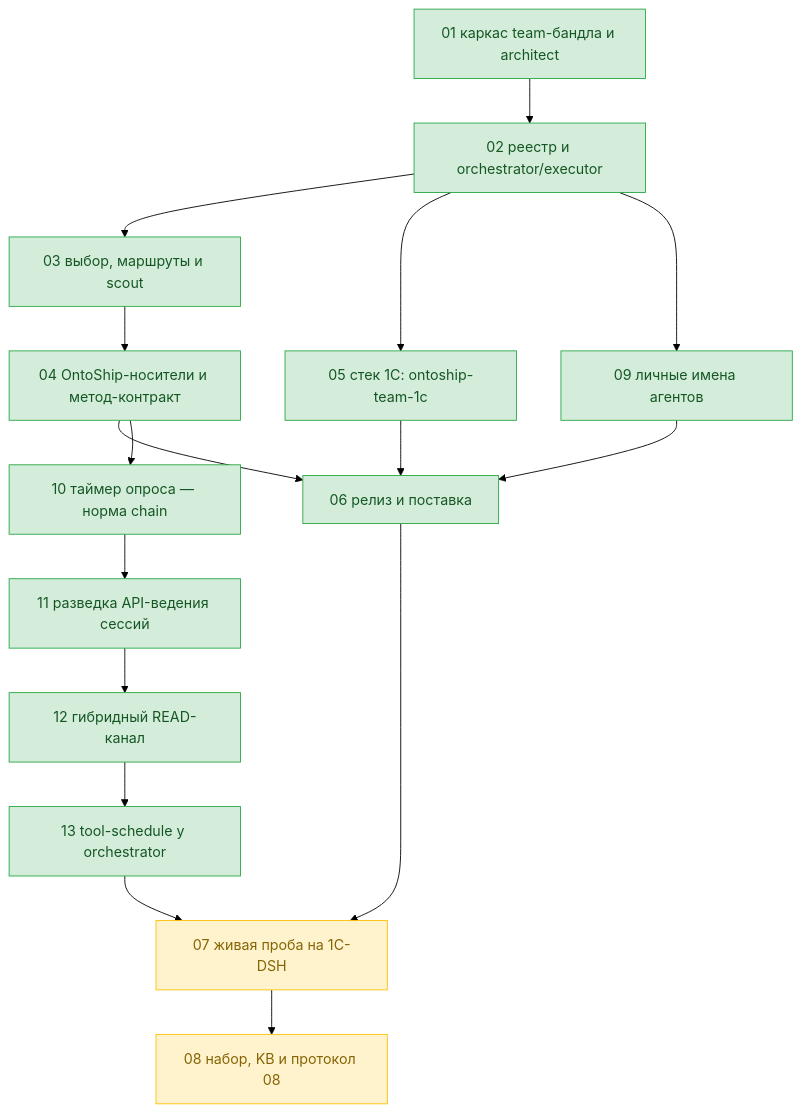
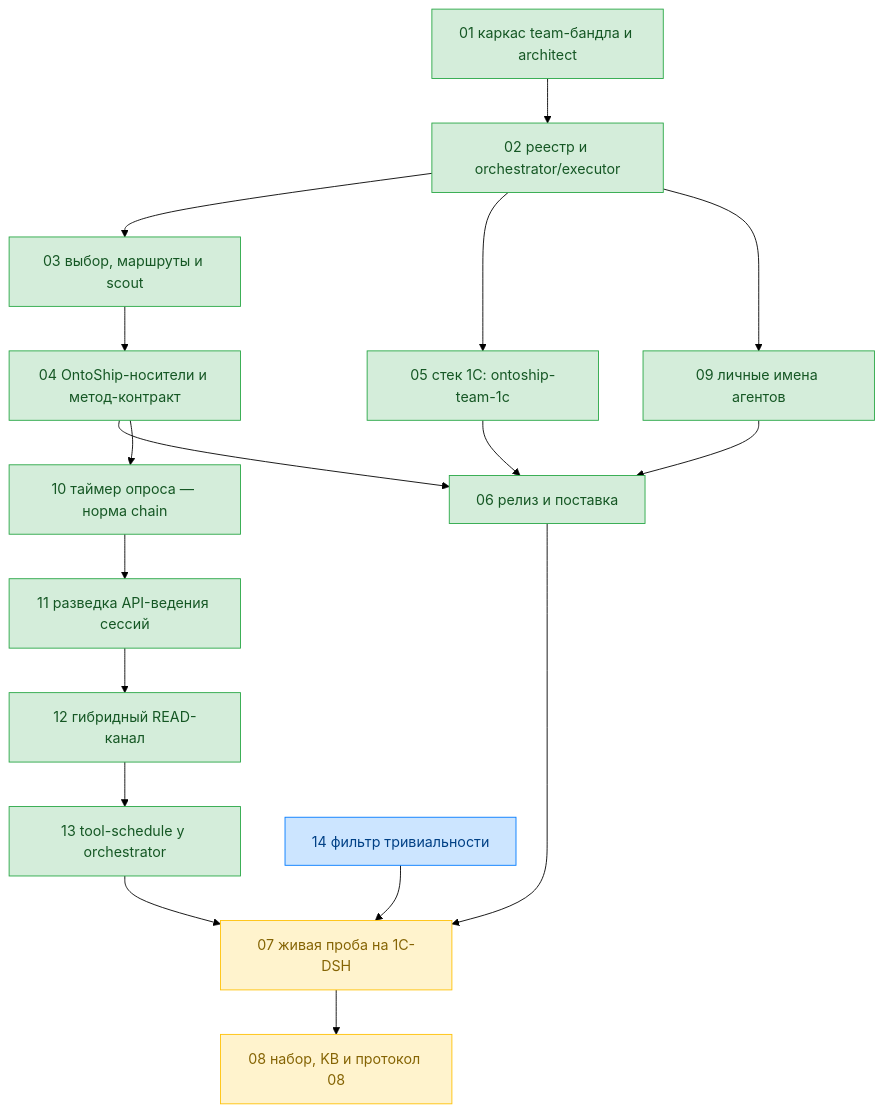
Before and after one commit to ntin60775/ontoship-ntin: the diagram in tickets/team-profiles/dag.md, drawn with Mermaid (forest theme). The commit also changed other lines of this file and 6 other files, not shown here.

Commit message:
docs(team-profiles): тикет 14 принят — фильтр тривиальности (решение 23), публикация

````diff
--- a/tickets/team-profiles/dag.md
+++ b/tickets/team-profiles/dag.md
@@ -11,41 +11,44 @@
 ```mermaid
 flowchart TD
   T01["01 каркас team-бандла и architect"]
   T02["02 реестр и orchestrator/executor"]
   T03["03 выбор, маршруты и scout"]
   T04["04 OntoShip-носители и метод-контракт"]
   T05["05 стек 1C: ontoship-team-1c"]
   T06["06 релиз и поставка"]
   T07["07 живая проба на 1C-DSH"]
   T08["08 набор, KB и протокол 08"]
   T09["09 личные имена агентов"]
   T10["10 таймер опроса — норма chain"]
   T11["11 разведка API-ведения сессий"]
   T12["12 гибридный READ-канал"]
   T13["13 tool-schedule у orchestrator"]
+  T14["14 фильтр тривиальности"]
 
   T01 --> T02
   T02 --> T03
   T02 --> T05
   T02 --> T09
   T03 --> T04
   T04 --> T06
   T04 --> T10
   T05 --> T06
   T09 --> T06
   T06 --> T07
   T10 --> T11
   T11 --> T12
   T12 --> T13
   T13 --> T07
+  T14 --> T07
   T07 --> T08
 
   classDef done fill:#d4edda,stroke:#28a745,color:#155724;
   classDef running fill:#cce5ff,stroke:#007bff,color:#004085;
   classDef pending fill:#e2e3e5,stroke:#6c757d,color:#383d41;
   classDef waiting fill:#fff3cd,stroke:#ffc107,color:#856404;
 
   class T01,T02,T03,T04,T05,T06,T09,T10,T11,T12,T13 done;
   class T07 waiting;
   class T08 waiting;
+  class T14 running;
 ```
````
